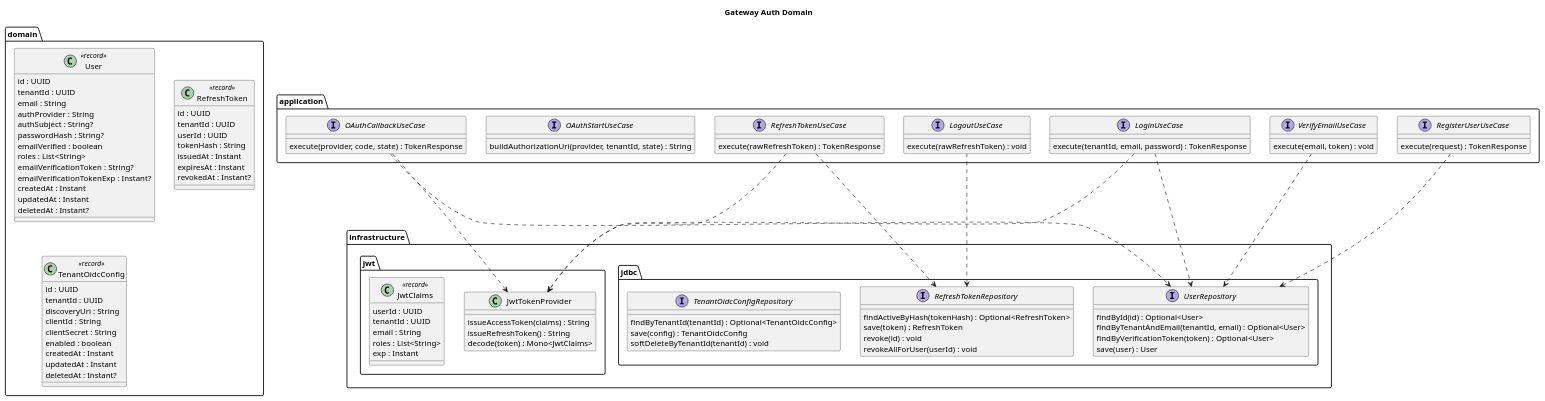
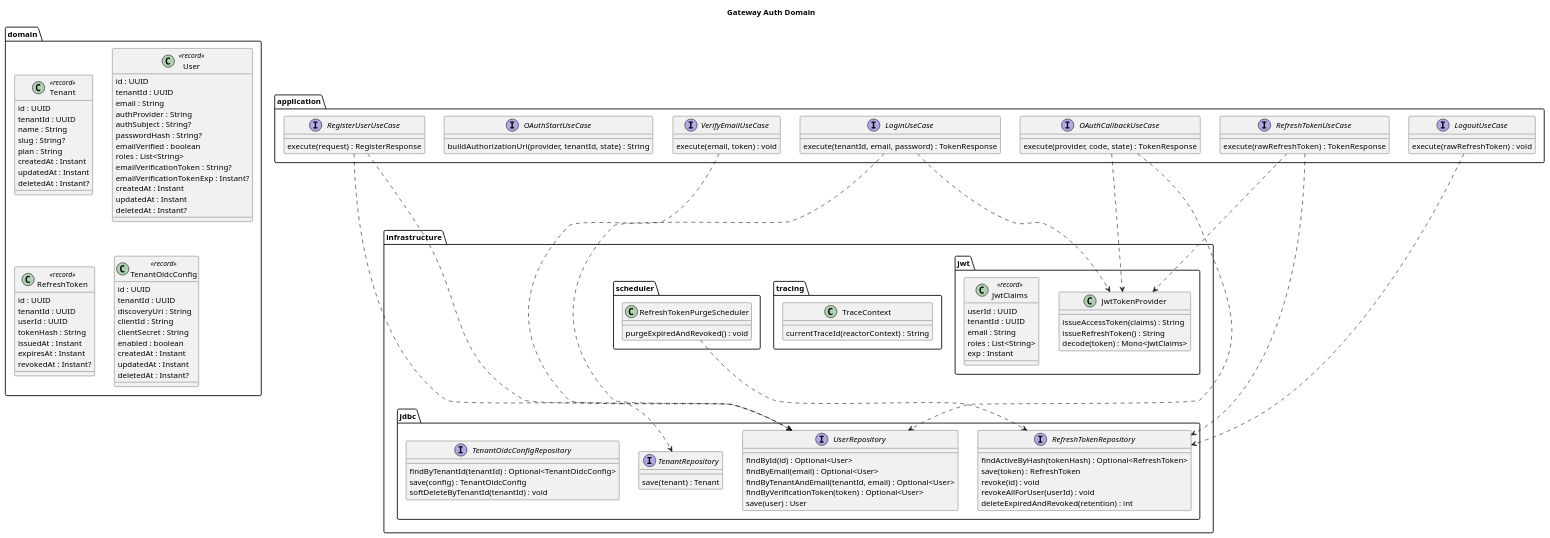
The diagram in docs/diagrams/gateway/auth-domain-class.puml (allanweber/cartogra), drawn with PlantUML before and after one commit. The commit also changed 3 other files, not shown here.

```diff
--- a/docs/diagrams/gateway/auth-domain-class.puml
+++ b/docs/diagrams/gateway/auth-domain-class.puml
@@ -1,110 +1,139 @@
 @startuml
 title Gateway Auth Domain
 
 package "domain" {
+  class Tenant << record >> {
+    id : UUID
+    tenantId : UUID
+    name : String
+    slug : String?
+    plan : String
+    createdAt : Instant
+    updatedAt : Instant
+    deletedAt : Instant?
+  }
   class User << record >> {
     id : UUID
     tenantId : UUID
     email : String
     authProvider : String
     authSubject : String?
     passwordHash : String?
     emailVerified : boolean
     roles : List<String>
     emailVerificationToken : String?
     emailVerificationTokenExp : Instant?
     createdAt : Instant
     updatedAt : Instant
     deletedAt : Instant?
   }
   class RefreshToken << record >> {
     id : UUID
     tenantId : UUID
     userId : UUID
     tokenHash : String
     issuedAt : Instant
     expiresAt : Instant
     revokedAt : Instant?
   }
   class TenantOidcConfig << record >> {
     id : UUID
     tenantId : UUID
     discoveryUri : String
     clientId : String
     clientSecret : String
     enabled : boolean
     createdAt : Instant
     updatedAt : Instant
     deletedAt : Instant?
   }
 }
 
 package "application" {
   interface RegisterUserUseCase {
-    execute(request) : TokenResponse
+    execute(request) : RegisterResponse
   }
   interface VerifyEmailUseCase {
     execute(email, token) : void
   }
   interface LoginUseCase {
     execute(tenantId, email, password) : TokenResponse
   }
   interface RefreshTokenUseCase {
     execute(rawRefreshToken) : TokenResponse
   }
   interface LogoutUseCase {
     execute(rawRefreshToken) : void
   }
   interface OAuthStartUseCase {
     buildAuthorizationUri(provider, tenantId, state) : String
   }
   interface OAuthCallbackUseCase {
     execute(provider, code, state) : TokenResponse
   }
 }
 
 package "infrastructure.jdbc" {
+  interface TenantRepository {
+    save(tenant) : Tenant
+  }
   interface UserRepository {
     findById(id) : Optional<User>
+    findByEmail(email) : Optional<User>
     findByTenantAndEmail(tenantId, email) : Optional<User>
     findByVerificationToken(token) : Optional<User>
     save(user) : User
   }
   interface RefreshTokenRepository {
     findActiveByHash(tokenHash) : Optional<RefreshToken>
     save(token) : RefreshToken
     revoke(id) : void
     revokeAllForUser(userId) : void
+    deleteExpiredAndRevoked(retention) : int
   }
   interface TenantOidcConfigRepository {
     findByTenantId(tenantId) : Optional<TenantOidcConfig>
     save(config) : TenantOidcConfig
     softDeleteByTenantId(tenantId) : void
   }
 }
 
 package "infrastructure.jwt" {
   class JwtTokenProvider {
     issueAccessToken(claims) : String
     issueRefreshToken() : String
     decode(token) : Mono<JwtClaims>
   }
   class JwtClaims << record >> {
     userId : UUID
     tenantId : UUID
     email : String
     roles : List<String>
     exp : Instant
   }
 }
 
+package "infrastructure.tracing" {
+  class TraceContext {
+    currentTraceId(reactorContext) : String
+  }
+}
+
+package "infrastructure.scheduler" {
+  class RefreshTokenPurgeScheduler {
+    purgeExpiredAndRevoked() : void
+  }
+}
+
+RegisterUserUseCase ..> TenantRepository
 RegisterUserUseCase ..> UserRepository
 VerifyEmailUseCase ..> UserRepository
 LoginUseCase ..> UserRepository
 LoginUseCase ..> JwtTokenProvider
 RefreshTokenUseCase ..> RefreshTokenRepository
 RefreshTokenUseCase ..> JwtTokenProvider
 LogoutUseCase ..> RefreshTokenRepository
 OAuthCallbackUseCase ..> UserRepository
 OAuthCallbackUseCase ..> JwtTokenProvider
+RefreshTokenPurgeScheduler ..> RefreshTokenRepository
 @enduml
```
